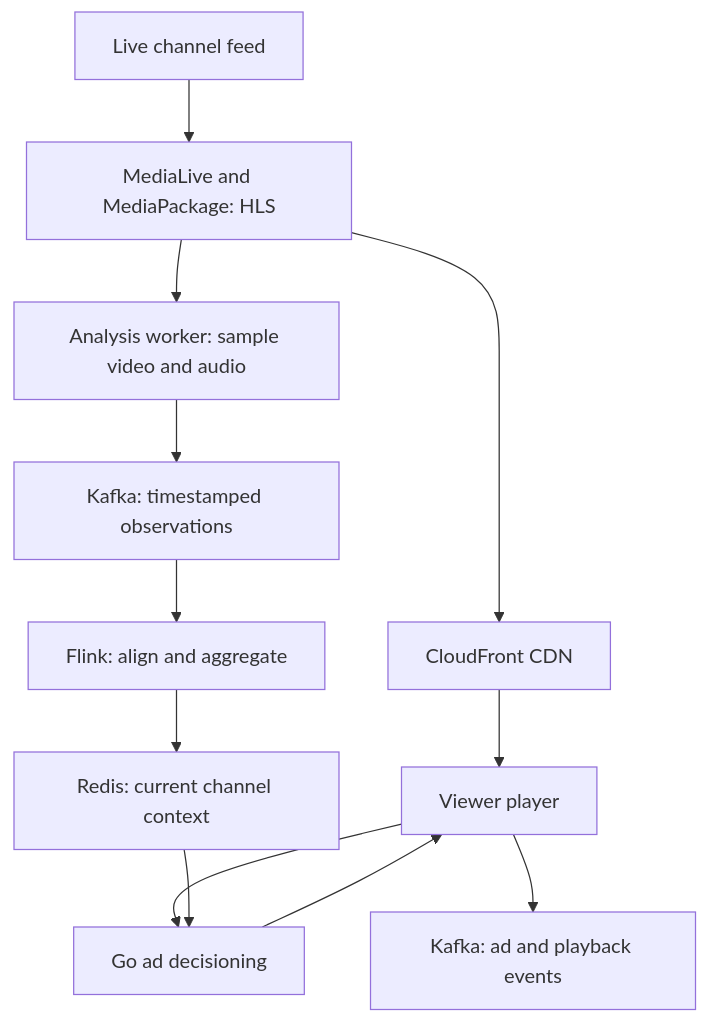
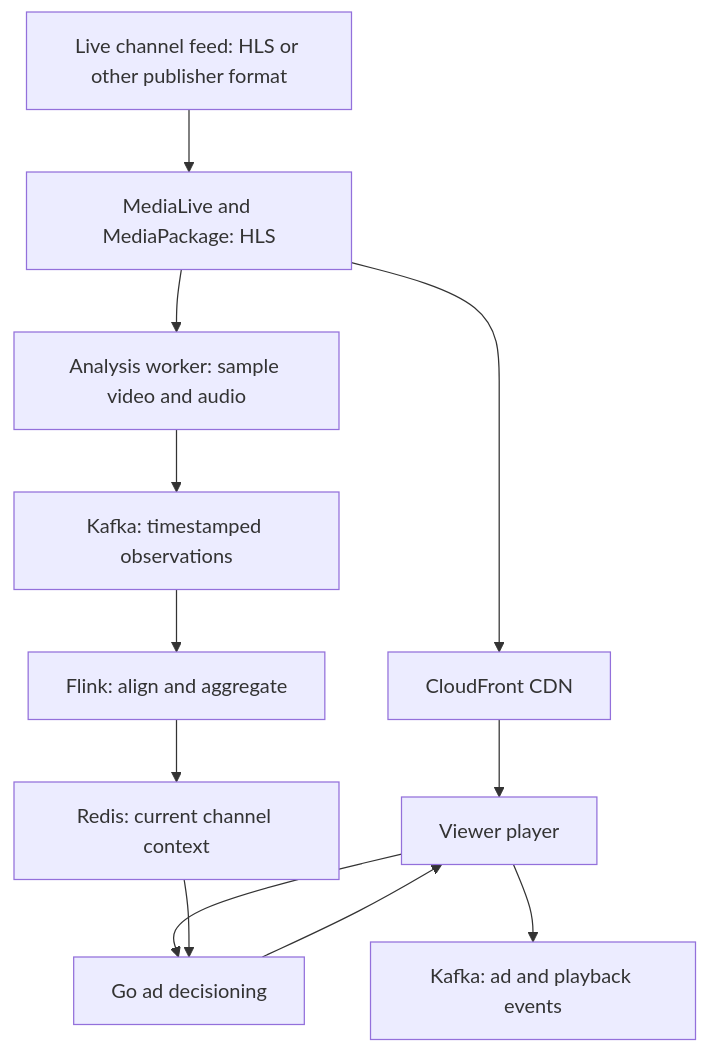
Before and after one commit to rayning0/scenebid: the third of 3 diagrams in README.md, drawn with Mermaid. The commit also changed other lines of this file, not shown here.

````diff
--- a/README.md
+++ b/README.md
@@ -390,14 +395,14 @@
 ```mermaid
 flowchart TD
-    L["Live channel feed"] --> M["MediaLive and MediaPackage: HLS"]
+    L["Live channel feed: HLS or other publisher format"] --> M["MediaLive and MediaPackage: HLS"]
     M --> N["CloudFront CDN"]
     M --> X["Analysis worker: sample video and audio"]
     X --> K["Kafka: timestamped observations"]
     K --> F["Flink: align and aggregate"]
     F --> R["Redis: current channel context"]
     N --> P["Viewer player"]
     P --> A["Go ad decisioning"]
     R --> A
     A --> P
     P --> E["Kafka: ad and playback events"]
 ```
````
